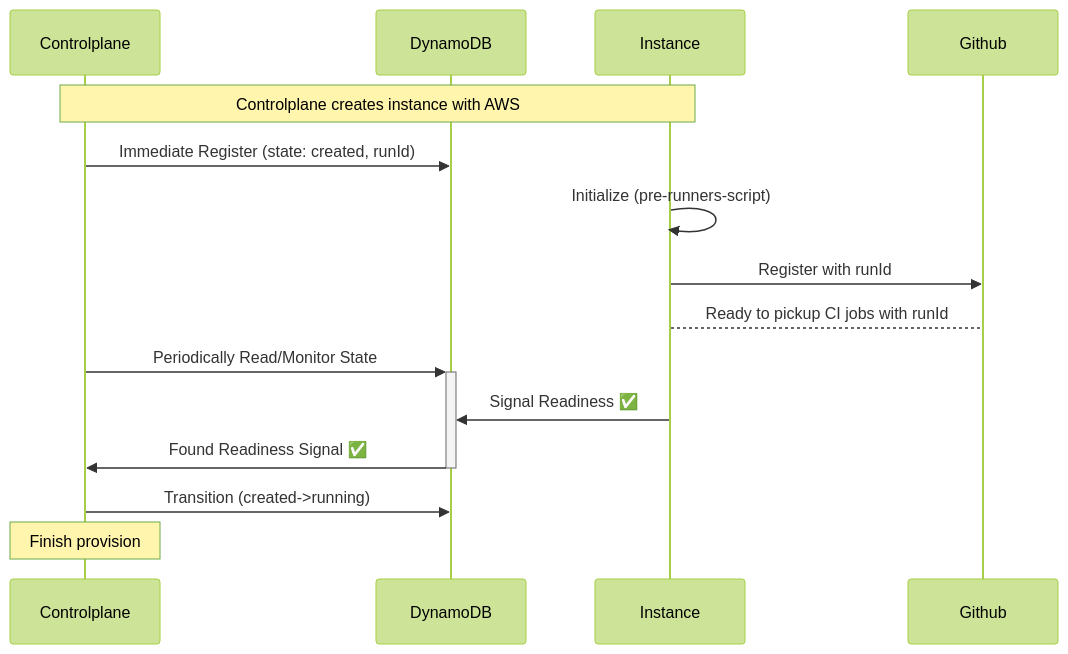
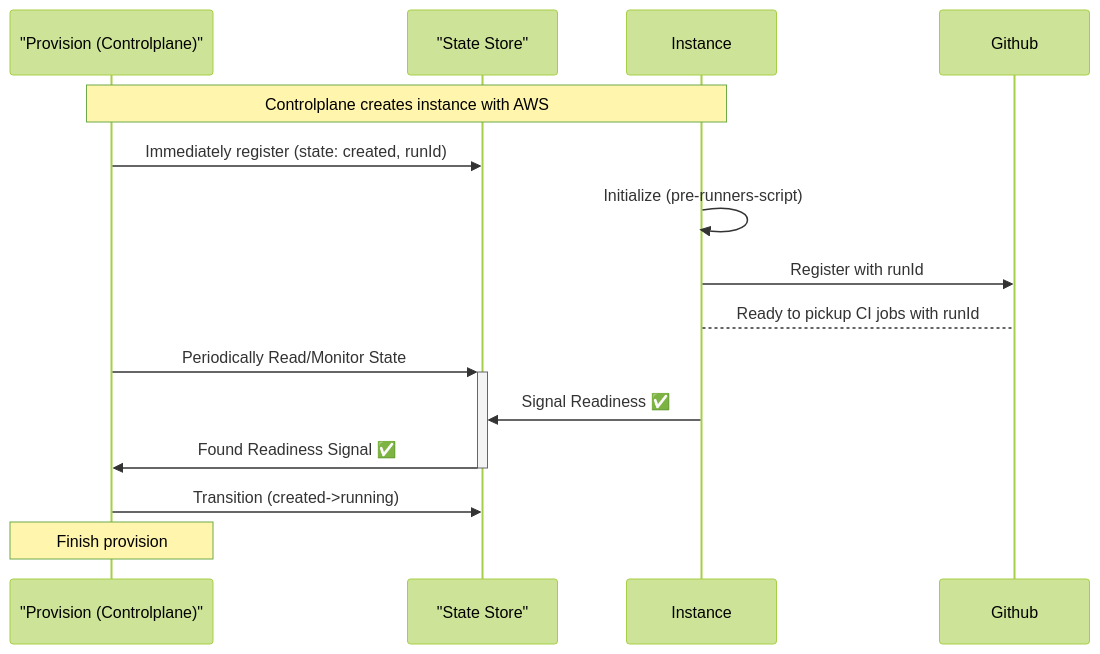
The second of 5 diagrams in docs/architecture/overview.md (fleet-actions/ec2-runner-pool-manager), drawn with Mermaid (forest theme) before and after one commit. The commit also changed other lines of this file, not shown here.

Commit message:
docs(architecture): update overview and diagrams for clarity

````diff
--- a/docs/architecture/overview.md
+++ b/docs/architecture/overview.md
@@ -130,20 +130,20 @@
     ```mermaid
     sequenceDiagram
-        participant Controlplane
-        participant DynamoDB
+        participant Controlplane as "Provision (Controlplane)"
+        participant DynamoDB as "State Store"
         participant Instance
         participant Github
 
         Note over Controlplane, Instance: Controlplane creates instance with AWS
-        Controlplane->>DynamoDB: Immediate Register (state: created, runId)
+        Controlplane->>DynamoDB: Immediately register (state: created, runId)
         Instance->>Instance: Initialize (pre-runners-script)
         Instance->>Github: Register with runId
         Instance-->Github: Ready to pickup CI jobs with runId
         
         Controlplane->>+DynamoDB: Periodically Read/Monitor State
         Instance->>DynamoDB: Signal Readiness ✅
         DynamoDB->>-Controlplane: Found Readiness Signal ✅ 
 
         Controlplane->>DynamoDB: Transition (created->running)
         Note over Controlplane: Finish provision
     ```
````
